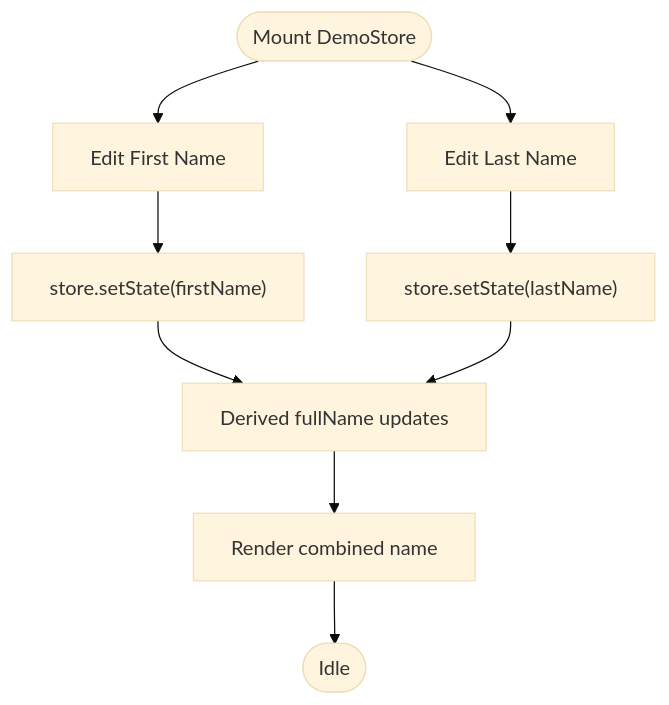
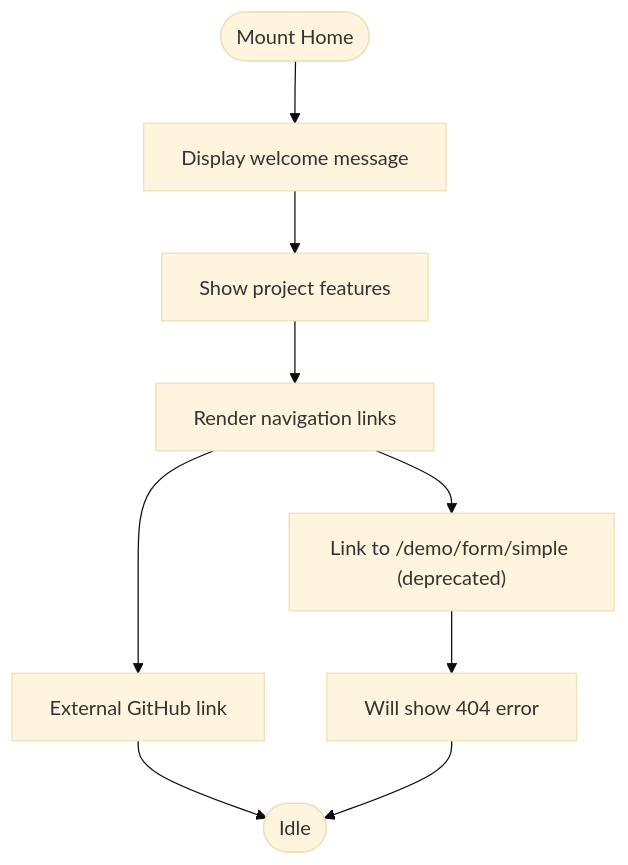
Before and after one commit to DoVuDung/cv-portfolio-builder: the fourth of 5 diagrams in .qoder/repowiki/en/content/Developer Tools & Examples/Demo Routes & Navigation.md, drawn with Mermaid (base theme). The commit also changed other lines of this file and 8 other files, not shown here.

````diff
--- a/.qoder/repowiki/en/content/Developer Tools & Examples/Demo Routes & Navigation.md
+++ b/.qoder/repowiki/en/content/Developer Tools & Examples/Demo Routes & Navigation.md
@@ -250,11 +146,11 @@
 ```mermaid
 flowchart TD
-Start(["Mount DemoStore"]) --> FirstName["Edit First Name"]
-FirstName --> UpdateF["store.setState(firstName)"]
-Start --> LastName["Edit Last Name"]
-LastName --> UpdateL["store.setState(lastName)"]
-UpdateF --> FullName["Derived fullName updates"]
-UpdateL --> FullName
-FullName --> Render["Render combined name"]
-Render --> End(["Idle"])
+Start(["Mount Home"]) --> Welcome["Display welcome message"]
+Welcome --> Features["Show project features"]
+Features --> Nav["Render navigation links"]
+Nav --> DemoLink["Link to /demo/form/simple (deprecated)"]
+Nav --> GitHub["External GitHub link"]
+DemoLink --> Error["Will show 404 error"]
+GitHub --> End(["Idle"])
+Error --> End
 ```
````
